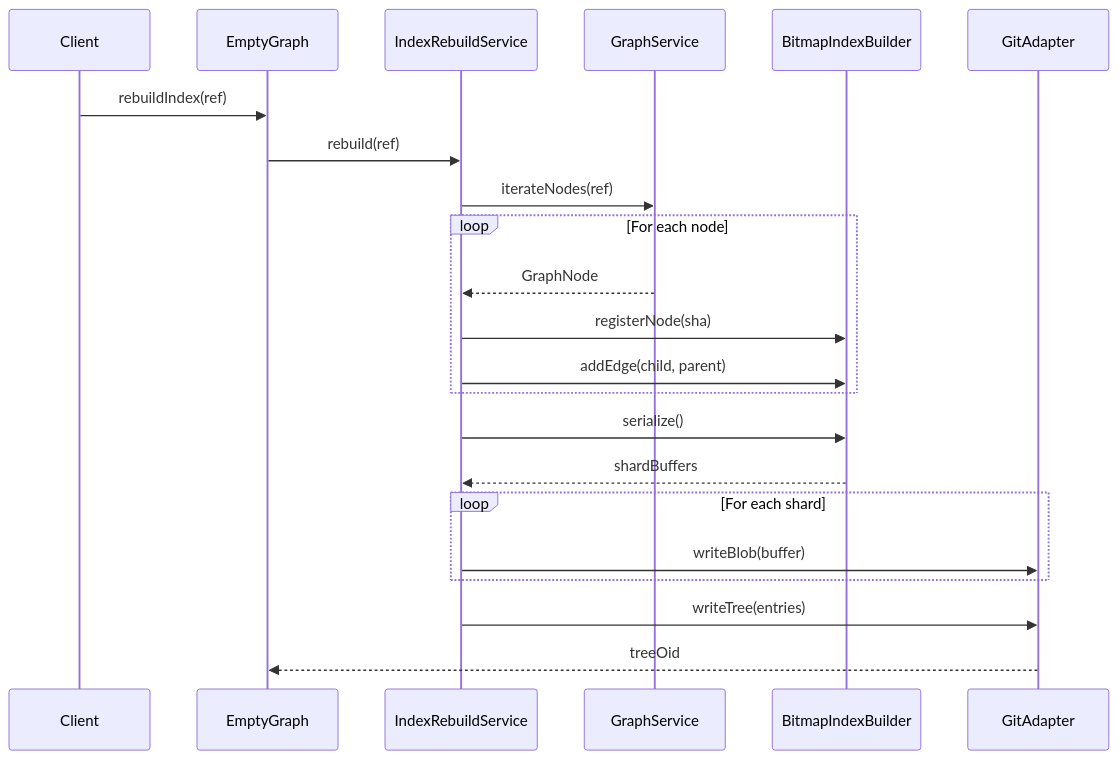
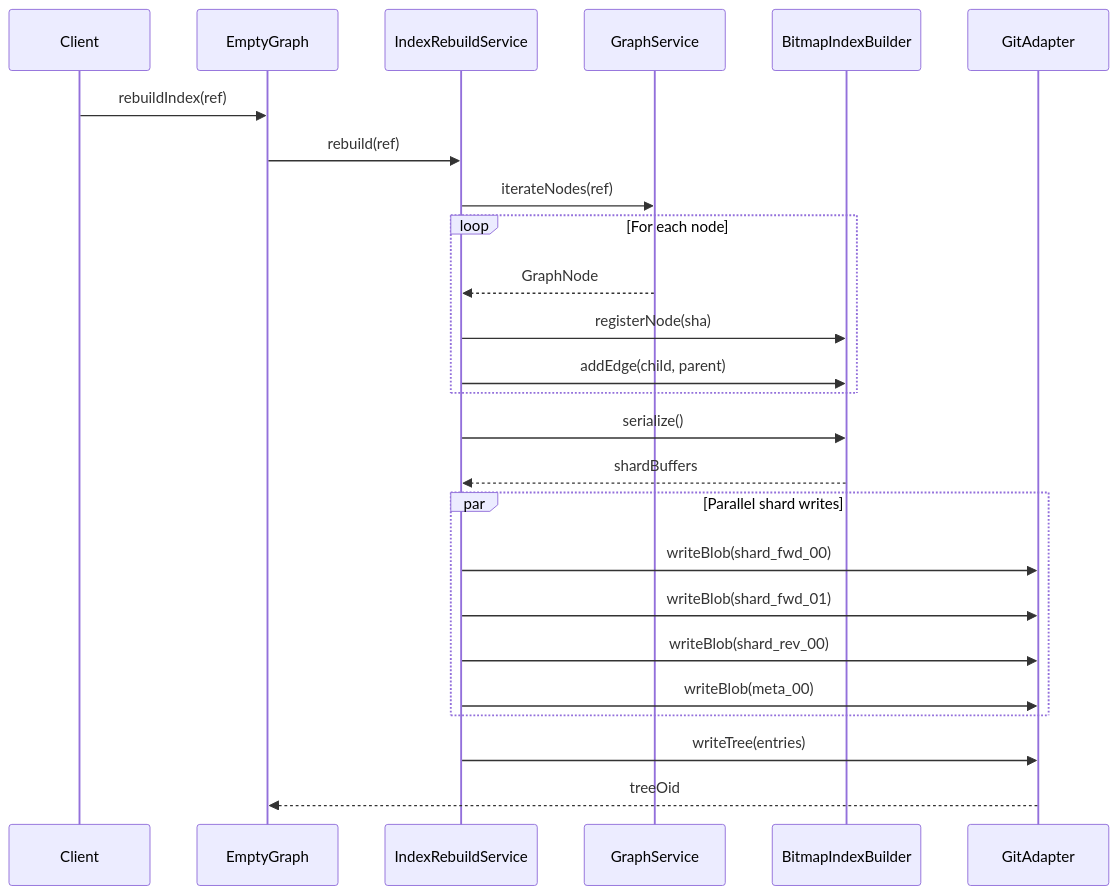
One commit to git-stunts/empty-graph changed the first of 3 diagrams in ARCHITECTURE.md. Above: the diagram before and after it, drawn with Mermaid. The commit also changed other lines of this file and 1 other file, not shown here.

First line of the commit message:
docs: update changelog and architecture for PR feedback changes

````diff
--- a/ARCHITECTURE.md
+++ b/ARCHITECTURE.md
@@ -159,25 +165,28 @@
 ```mermaid
 sequenceDiagram
     participant Client
     participant EmptyGraph
     participant IndexRebuildService
     participant GraphService
     participant BitmapIndexBuilder
     participant GitAdapter
 
     Client->>EmptyGraph: rebuildIndex(ref)
     EmptyGraph->>IndexRebuildService: rebuild(ref)
     IndexRebuildService->>GraphService: iterateNodes(ref)
     loop For each node
         GraphService-->>IndexRebuildService: GraphNode
         IndexRebuildService->>BitmapIndexBuilder: registerNode(sha)
         IndexRebuildService->>BitmapIndexBuilder: addEdge(child, parent)
     end
     IndexRebuildService->>BitmapIndexBuilder: serialize()
     BitmapIndexBuilder-->>IndexRebuildService: shardBuffers
-    loop For each shard
-        IndexRebuildService->>GitAdapter: writeBlob(buffer)
+    par Parallel shard writes
+        IndexRebuildService->>GitAdapter: writeBlob(shard_fwd_00)
+        IndexRebuildService->>GitAdapter: writeBlob(shard_fwd_01)
+        IndexRebuildService->>GitAdapter: writeBlob(shard_rev_00)
+        IndexRebuildService->>GitAdapter: writeBlob(meta_00)
     end
     IndexRebuildService->>GitAdapter: writeTree(entries)
     GitAdapter-->>EmptyGraph: treeOid
 ```
````
